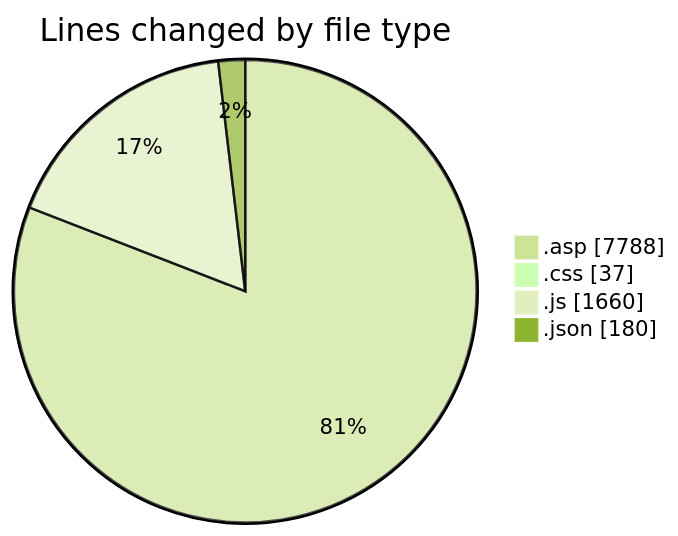
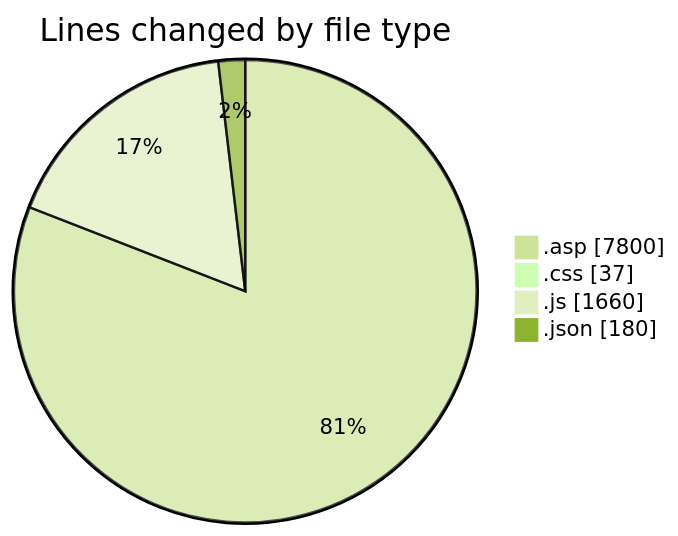
One commit to julien-gomy/code-tracking changed the first of 2 diagrams in 2025-11-02/cdp_aleoudev_fr__workspace_/README.md. Above: the diagram before and after it, drawn with Mermaid (forest theme). The commit also changed other lines of this file and 1 other file, not shown here.

````diff
--- a/2025-11-02/cdp_aleoudev_fr__workspace_/README.md
+++ b/2025-11-02/cdp_aleoudev_fr__workspace_/README.md
@@ -28,8 +28,8 @@
 ```mermaid
 pie showData
 title Lines changed by file type
-".asp" : 7788
+".asp" : 7800
 ".css" : 37
 ".js" : 1660
 ".json" : 180
 ```
````
